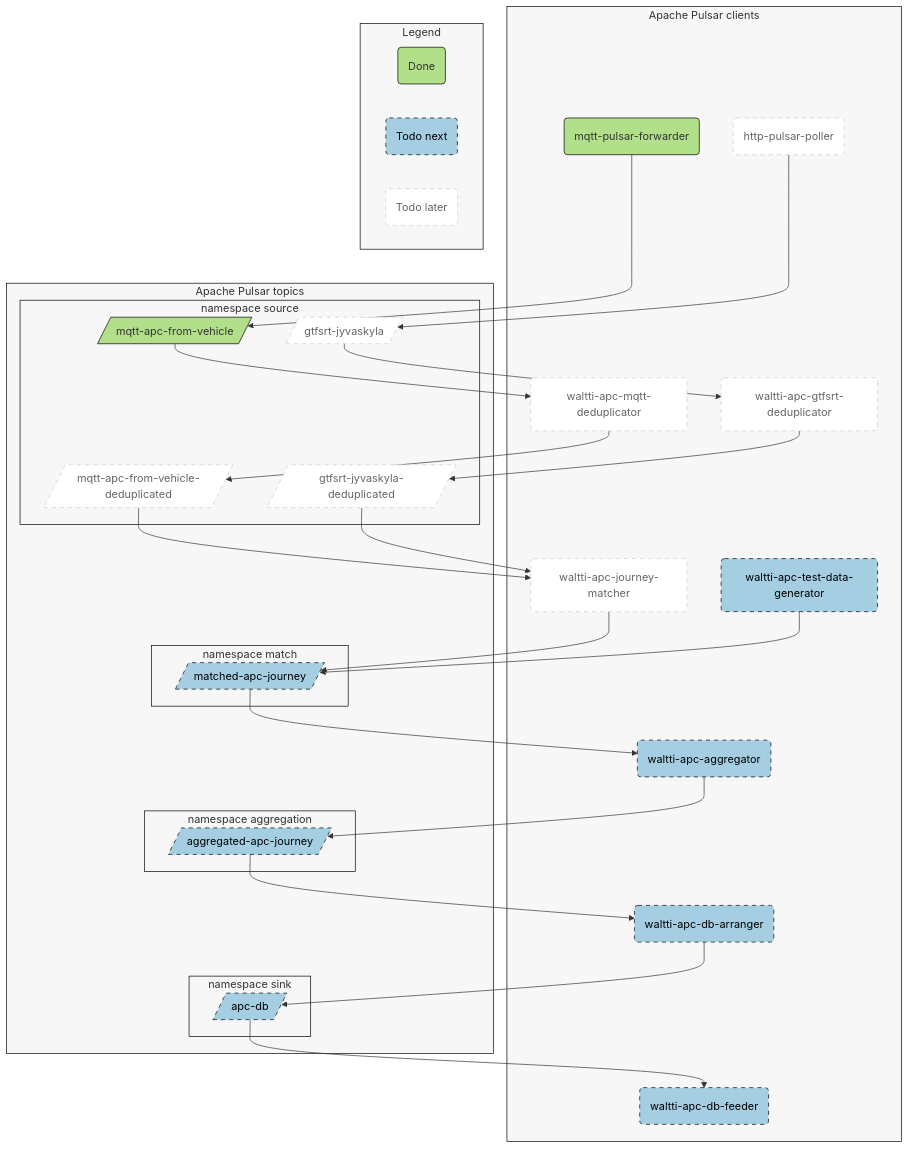
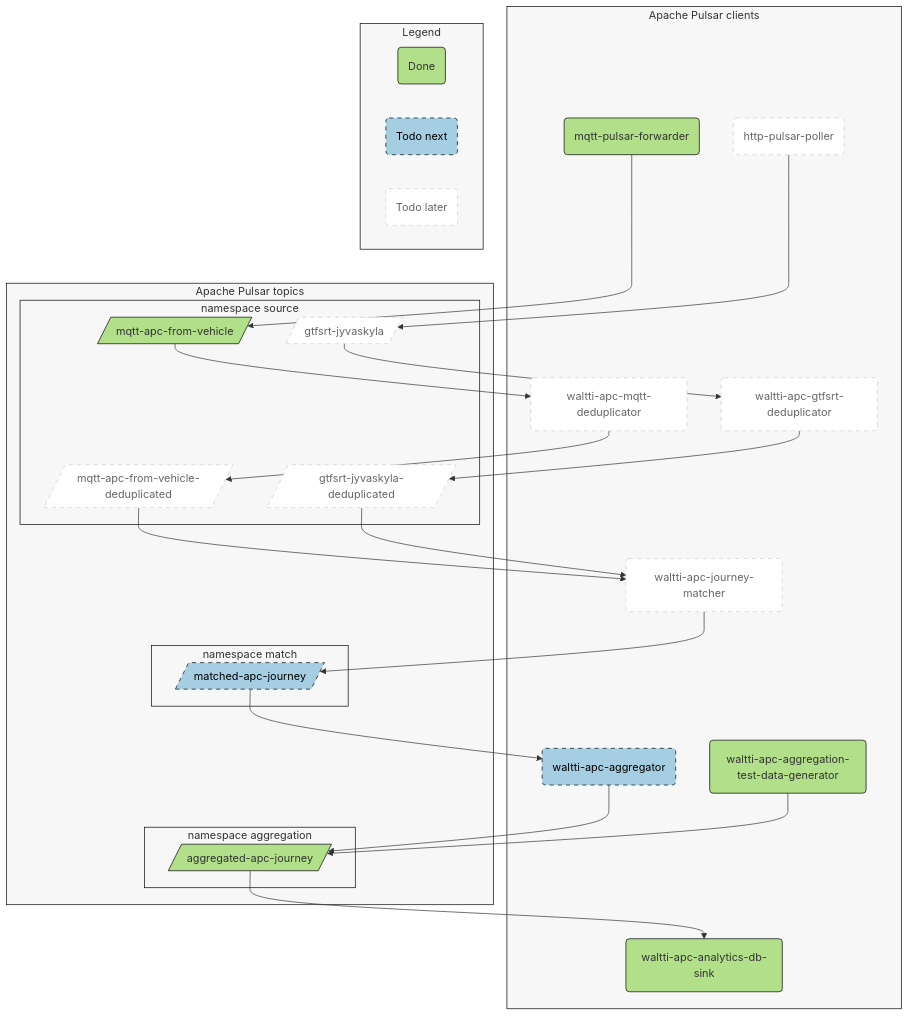
The second of 2 diagrams in README.md (tvv-lippu-ja-maksujarjestelma-oy/waltti-apc), drawn with Mermaid before and after one commit. The commit also changed other lines of this file, not shown here.

Commit message:
Update architecture diagrams

```diff
--- a/README.md
+++ b/README.md
@@ -103,10 +109,9 @@
     httppulsarpoller("http-pulsar-poller")
     gtfsrtdeduplicator("waltti-apc-gtfsrt-deduplicator")
     matcher("waltti-apc-journey-matcher")
-    testdatagenerator("waltti-apc-test-data-generator")
+    testdatagenerator("waltti-apc-aggregation-test-data-generator")
     aggregator("waltti-apc-aggregator")
-    dbarranger("waltti-apc-db-arranger")
-    postgresqlfeeder("waltti-apc-db-feeder")
+    dbsink("waltti-apc-analytics-db-sink")
   end
   subgraph pulsartopics["Apache Pulsar topics"]
     subgraph nssource["namespace source"]
@@ -121,9 +126,6 @@
     subgraph nsaggregation["namespace aggregation"]
       aggregated[/"aggregated-apc-journey"/]
     end
-    subgraph nssink["namespace sink"]
-      apcdb[/"apc-db"/]
-    end
   end
 
   %% Edges
@@ -137,12 +139,10 @@
   mqttdeduplicated --> matcher
   gtfsrtdedupjyvaskyla --> matcher
   matcher --> matchedapcjourney
-  testdatagenerator --> matchedapcjourney
   matchedapcjourney --> aggregator
   aggregator --> aggregated
-  aggregated --> dbarranger
-  dbarranger --> apcdb
-  apcdb --> postgresqlfeeder
+  testdatagenerator --> aggregated
+  aggregated --> dbsink
 
   %% Styling
 
@@ -152,11 +152,13 @@
   class nssource env
   class nsmatch env
   class nsaggregation env
-  class nssink env
 
   classDef done fill:#b2e08a,stroke:#000
   class mqttpulsarforwarder done
   class mqttraw done
+  class testdatagenerator done
+  class dbsink done
+  class aggregated done
 
   classDef later fill:#fff,stroke:#ccc,stroke-width:1px,color:#666,stroke-dasharray: 6 6
   class httppulsarpoller later
@@ -169,13 +171,8 @@
 
   classDef next fill:#a5cee3,stroke:#000,stroke-width:1px,color:#000,stroke-dasharray: 6 6
 
-  class testdatagenerator next
   class aggregator next
-  class dbarranger next
-  class postgresqlfeeder next
   class matchedapcjourney next
-  class aggregated next
-  class apcdb next
 
   %% Legend
 
```
